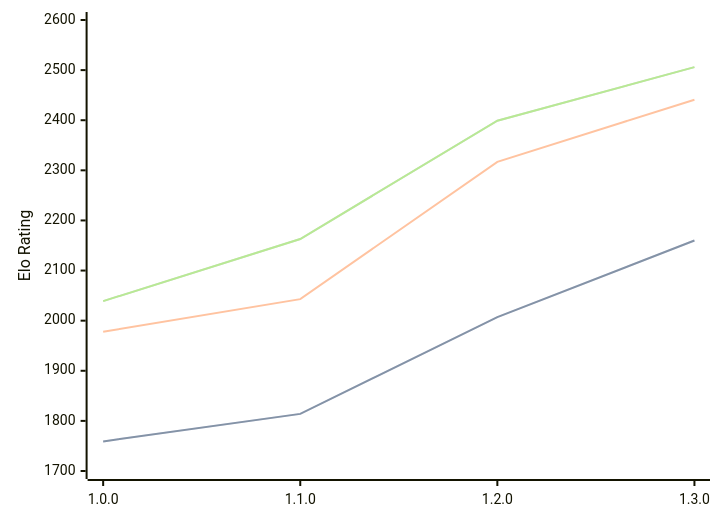
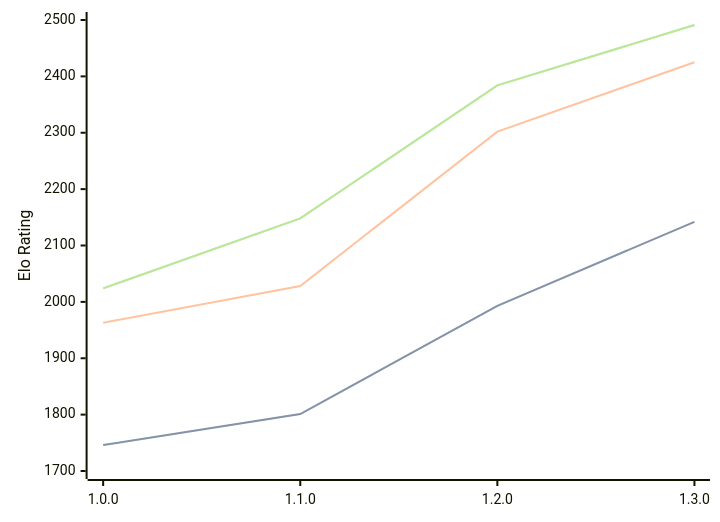
The diagram in engines/Anodos.md (computer-chess-index/cci), drawn with Mermaid before and after one commit. The commit also changed other lines of this file, not shown here.

Commit message:
Update CCI Ratings (ELO VLTC) - 2026-05-20

````diff
--- a/engines/Anodos.md
+++ b/engines/Anodos.md
@@ -45,11 +45,11 @@
 ```mermaid
 %%{init: {"theme":"base","themeVariables":{"seriesColors:['#a3a3a3','#222221','#faa371']}}}%%
 xychart-beta
   x-axis ["1.0.0", "1.1.0", "1.2.0", "1.3.0"]
-  y-axis "Elo Rating" 1700 --> 2600
-  line "STC (8.0+0.08s)" [1759, 1814, 2007, 2160]
-  line "STC (8.0+0.08s)" [1759, 1814, 2007, 2160]
-  line "LTC (60.0+0.60s)" [1978, 2043, 2317, 2441]
-  line "VLTC (2m24s+1.12s)" [2039, 2163, 2399, 2506]
-  line "VLTC (2m24s+1.12s)" [2039, 2163, 2399, 2506]
+  y-axis "Elo Rating" 1700 --> 2500
+  line "STC (8.0+0.08s)" [1746, 1801, 1993, 2142]
+  line "STC (8.0+0.08s)" [1746, 1801, 1993, 2142]
+  line "LTC (60.0+0.60s)" [1963, 2028, 2302, 2425]
+  line "VLTC (2m24s+1.12s)" [2024, 2148, 2384, 2491]
+  line "VLTC (2m24s+1.12s)" [2024, 2148, 2384, 2491]
 ```
````
